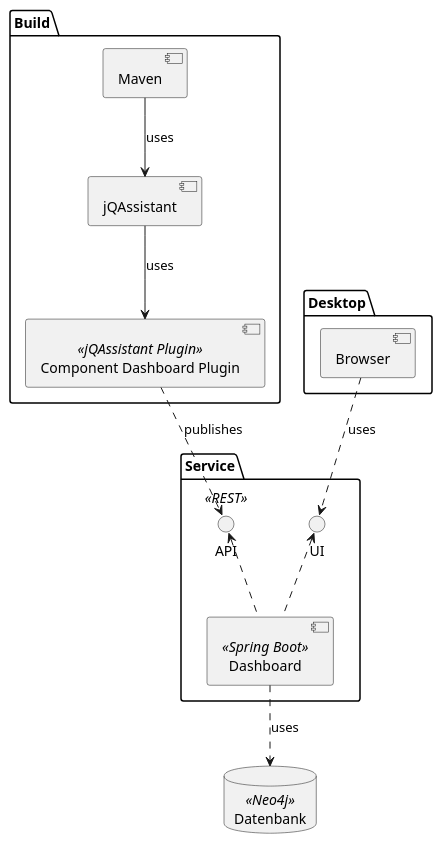
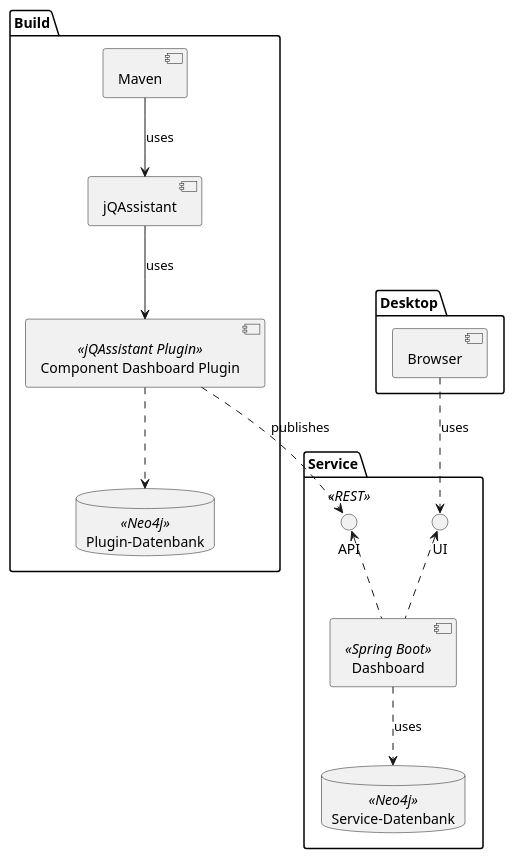
Before and after one commit to jqassistant-tooling/jqassistant-component-dashboard: the diagram in doc/src/main/asciidoc/component-diagram.puml, drawn with PlantUML.

```diff
--- a/doc/src/main/asciidoc/component-diagram.puml
+++ b/doc/src/main/asciidoc/component-diagram.puml
@@ -1,27 +1,29 @@
 @startuml
 folder Build {
     component Maven as maven
     component jQAssistant as jqassistant
     component "Component Dashboard Plugin" as plugin <<jQAssistant Plugin>>
+    database "Plugin-Datenbank" as pluginDb <<Neo4j>>
 }
 
 folder Service {
     component Dashboard as dashboard <<Spring Boot>>
     interface API as api <<REST>>
     interface UI as ui
     dashboard .up.> api
     dashboard .up.> ui
+   database "Service-Datenbank" as db <<Neo4j>>
 }
 
 folder Desktop {
     component Browser as browser
 }
 
-database "Datenbank" as db <<Neo4j>>
 
 maven --> jqassistant : uses
 jqassistant --> plugin : uses
 plugin ..> api : publishes
+plugin .down.> pluginDb
 browser ..> ui : uses
 dashboard .down.> db : uses
 @enduml
```
